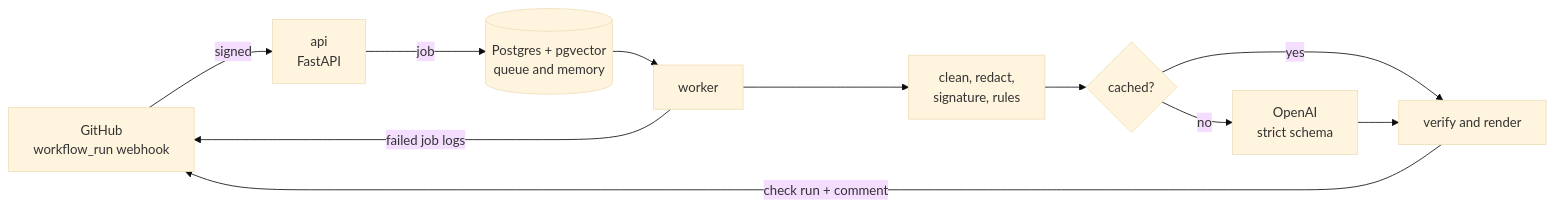
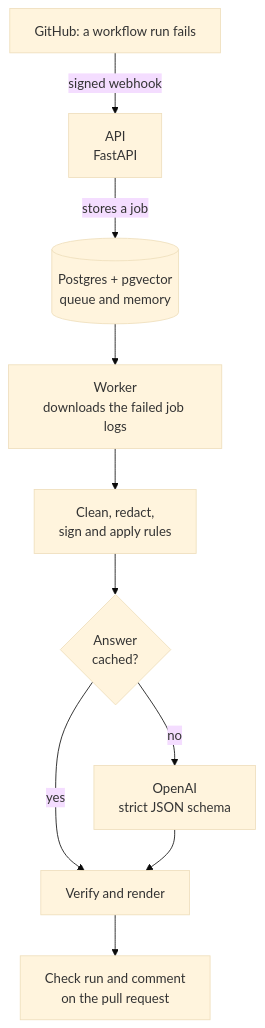
Before and after one commit to dalmirosf/cicd-doctor: the first of 2 diagrams in README.md, drawn with Mermaid (base theme). The commit also changed other lines of this file and 2 other files, not shown here.

Commit message:
README: vertical diagrams; add the MIT license (D-132)

````diff
--- a/README.md
+++ b/README.md
@@ -53,13 +53,12 @@
 ```mermaid
-flowchart LR
-    GH[GitHub<br/>workflow_run webhook] -->|signed| API[api<br/>FastAPI]
-    API -->|job| DB[(Postgres + pgvector<br/>queue and memory)]
-    DB --> W[worker]
-    W -->|failed job logs| GH
-    W --> P[clean, redact,<br/>signature, rules]
-    P --> C{cached?}
-    C -->|no| LLM[OpenAI<br/>strict schema]
-    C -->|yes| R[verify and render]
+flowchart TD
+    GH[GitHub: a workflow run fails] -->|signed webhook| API[API<br/>FastAPI]
+    API -->|stores a job| DB[(Postgres + pgvector<br/>queue and memory)]
+    DB --> W[Worker<br/>downloads the failed job logs]
+    W --> P[Clean, redact,<br/>sign and apply rules]
+    P --> C{Answer<br/>cached?}
+    C -->|no| LLM[OpenAI<br/>strict JSON schema]
+    C -->|yes| R[Verify and render]
     LLM --> R
-    R -->|check run + comment| GH
+    R --> OUT[Check run and comment<br/>on the pull request]
 ```
````
